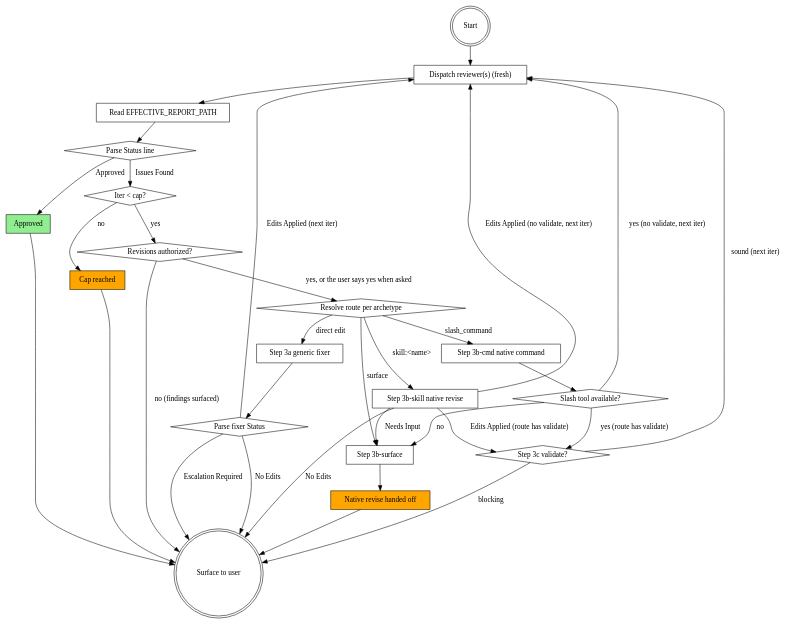
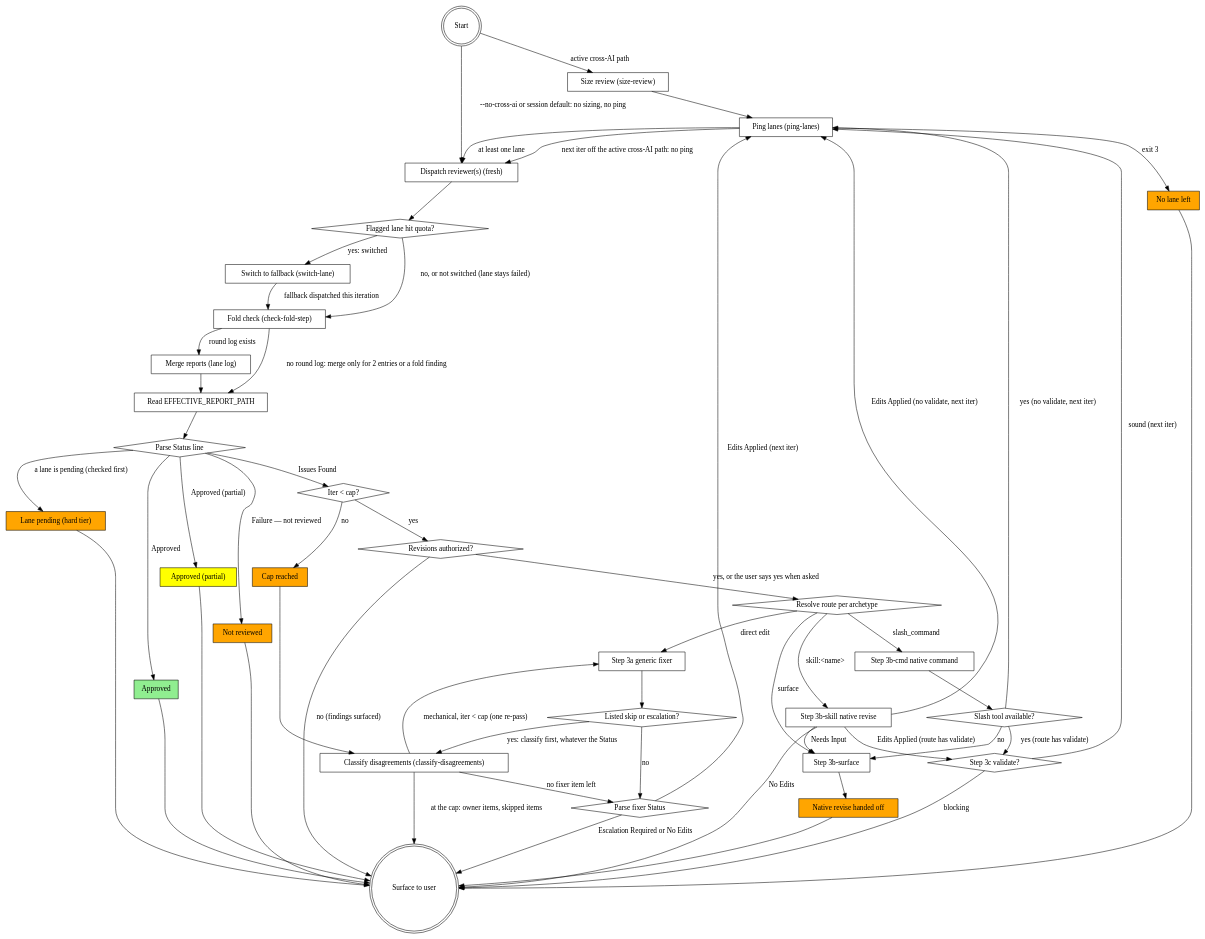
One commit to castocolina/ai-kit changed the diagram in skills/ai-kit-spec-review/references/loop-diagram.md. Above: the diagram before and after it, drawn with Graphviz. The commit also changed other lines of this file and 123 other files, not shown here.

````diff
--- a/skills/ai-kit-spec-review/references/loop-diagram.md
+++ b/skills/ai-kit-spec-review/references/loop-diagram.md
@@ -9,6 +11,17 @@
 ```dot
 digraph review_spec {
     "Start" [shape=doublecircle];
+    "Size review (size-review)" [shape=box];
+    "Ping lanes (ping-lanes)" [shape=box];
+    "No lane left" [shape=box, style=filled, fillcolor=orange];
+    "Lane pending (hard tier)" [shape=box, style=filled, fillcolor=orange];
+    "Flagged lane hit quota?" [shape=diamond];
+    "Switch to fallback (switch-lane)" [shape=box];
+    "Fold check (check-fold-step)" [shape=box];
+    "Merge reports (lane log)" [shape=box];
+    "Approved (partial)" [shape=box, style=filled, fillcolor=yellow];
+    "Not reviewed" [shape=box, style=filled, fillcolor=orange];
+    "Classify disagreements (classify-disagreements)" [shape=box];
     "Dispatch reviewer(s) (fresh)" [shape=box];
     "Read EFFECTIVE_REPORT_PATH" [shape=box];
     "Parse Status line" [shape=diamond];
@@ -18,6 +31,7 @@
     "Resolve route per archetype" [shape=diamond];
     "Step 3a generic fixer" [shape=box];
     "Parse fixer Status" [shape=diamond];
+    "Listed skip or escalation?" [shape=diamond];
     "Step 3b-skill native revise" [shape=box];
     "Step 3b-cmd native command" [shape=box];
     "Slash tool available?" [shape=diamond];
@@ -27,10 +41,24 @@
     "Cap reached" [shape=box, style=filled, fillcolor=orange];
     "Surface to user" [shape=doublecircle];
 
-    "Start" -> "Dispatch reviewer(s) (fresh)";
-    "Dispatch reviewer(s) (fresh)" -> "Read EFFECTIVE_REPORT_PATH";
+    "Start" -> "Dispatch reviewer(s) (fresh)" [label="--no-cross-ai or session default: no sizing, no ping"];
+    "Start" -> "Size review (size-review)" [label="active cross-AI path"];
+    "Size review (size-review)" -> "Ping lanes (ping-lanes)";
+    "Ping lanes (ping-lanes)" -> "Dispatch reviewer(s) (fresh)" [label="at least one lane"];
+    "Ping lanes (ping-lanes)" -> "No lane left" [label="exit 3"];
+    "Ping lanes (ping-lanes)" -> "Dispatch reviewer(s) (fresh)" [label="next iter off the active cross-AI path: no ping"];
+    "Dispatch reviewer(s) (fresh)" -> "Flagged lane hit quota?";
+    "Flagged lane hit quota?" -> "Switch to fallback (switch-lane)" [label="yes: switched"];
+    "Switch to fallback (switch-lane)" -> "Fold check (check-fold-step)" [label="fallback dispatched this iteration"];
+    "Flagged lane hit quota?" -> "Fold check (check-fold-step)" [label="no, or not switched (lane stays failed)"];
+    "Fold check (check-fold-step)" -> "Merge reports (lane log)" [label="round log exists"];
+    "Fold check (check-fold-step)" -> "Read EFFECTIVE_REPORT_PATH" [label="no round log: merge only for 2 entries or a fold finding"];
+    "Merge reports (lane log)" -> "Read EFFECTIVE_REPORT_PATH";
     "Read EFFECTIVE_REPORT_PATH" -> "Parse Status line";
     "Parse Status line" -> "Approved" [label="Approved"];
+    "Parse Status line" -> "Lane pending (hard tier)" [label="a lane is pending (checked first)"];
+    "Parse Status line" -> "Approved (partial)" [label="Approved (partial)"];
+    "Parse Status line" -> "Not reviewed" [label="Failure — not reviewed"];
     "Parse Status line" -> "Iter < cap?" [label="Issues Found"];
     "Iter < cap?" -> "Revisions authorized?" [label="yes"];
     "Revisions authorized?" -> "Resolve route per archetype" [label="yes, or the user says yes when asked"];
@@ -42,28 +70,36 @@
     "Resolve route per archetype" -> "Step 3b-cmd native command" [label="slash_command"];
     "Resolve route per archetype" -> "Step 3b-surface" [label="surface"];
 
-    "Step 3a generic fixer" -> "Parse fixer Status";
-    "Parse fixer Status" -> "Dispatch reviewer(s) (fresh)" [label="Edits Applied (next iter)"];
-    "Parse fixer Status" -> "Surface to user" [label="Escalation Required"];
-    "Parse fixer Status" -> "Surface to user" [label="No Edits"];
+    "Step 3a generic fixer" -> "Listed skip or escalation?";
+    "Listed skip or escalation?" -> "Classify disagreements (classify-disagreements)" [label="yes: classify first, whatever the Status"];
+    "Listed skip or escalation?" -> "Parse fixer Status" [label="no"];
+    "Classify disagreements (classify-disagreements)" -> "Step 3a generic fixer" [label="mechanical, iter < cap (one re-pass)"];
+    "Classify disagreements (classify-disagreements)" -> "Parse fixer Status" [label="no fixer item left"];
+    "Classify disagreements (classify-disagreements)" -> "Surface to user" [label="at the cap: owner items, skipped items"];
+    "Parse fixer Status" -> "Ping lanes (ping-lanes)" [label="Edits Applied (next iter)"];
+    "Parse fixer Status" -> "Surface to user" [label="Escalation Required or No Edits"];
 
     "Step 3b-skill native revise" -> "Step 3c validate?" [label="Edits Applied (route has validate)"];
-    "Step 3b-skill native revise" -> "Dispatch reviewer(s) (fresh)" [label="Edits Applied (no validate, next iter)"];
+    "Step 3b-skill native revise" -> "Ping lanes (ping-lanes)" [label="Edits Applied (no validate, next iter)"];
     "Step 3b-skill native revise" -> "Step 3b-surface" [label="Needs Input"];
     "Step 3b-skill native revise" -> "Surface to user" [label="No Edits"];
 
     "Step 3b-cmd native command" -> "Slash tool available?" ;
     "Slash tool available?" -> "Step 3c validate?" [label="yes (route has validate)"];
-    "Slash tool available?" -> "Dispatch reviewer(s) (fresh)" [label="yes (no validate, next iter)"];
+    "Slash tool available?" -> "Ping lanes (ping-lanes)" [label="yes (no validate, next iter)"];
     "Slash tool available?" -> "Step 3b-surface" [label="no"];
 
-    "Step 3c validate?" -> "Dispatch reviewer(s) (fresh)" [label="sound (next iter)"];
+    "Step 3c validate?" -> "Ping lanes (ping-lanes)" [label="sound (next iter)"];
     "Step 3c validate?" -> "Surface to user" [label="blocking"];
 
     "Step 3b-surface" -> "Native revise handed off";
     "Native revise handed off" -> "Surface to user";
 
     "Approved" -> "Surface to user";
-    "Cap reached" -> "Surface to user";
+    "Approved (partial)" -> "Surface to user";
+    "Not reviewed" -> "Surface to user";
+    "No lane left" -> "Surface to user";
+    "Lane pending (hard tier)" -> "Surface to user";
+    "Cap reached" -> "Classify disagreements (classify-disagreements)";
 }
 ```
````
